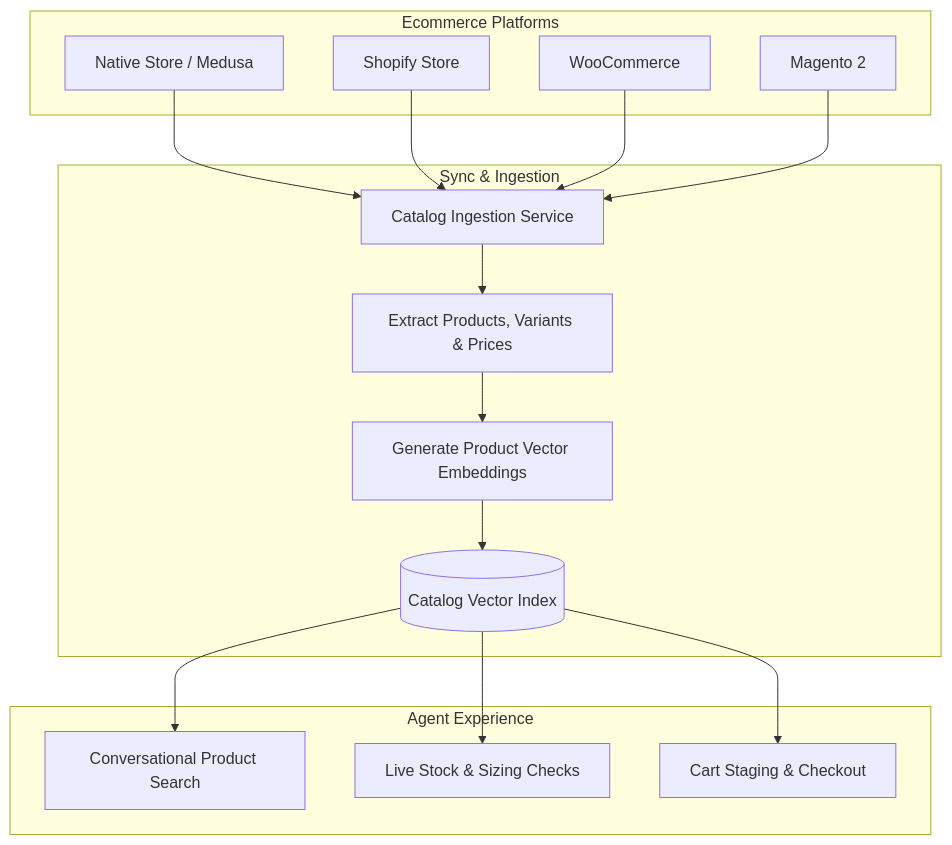
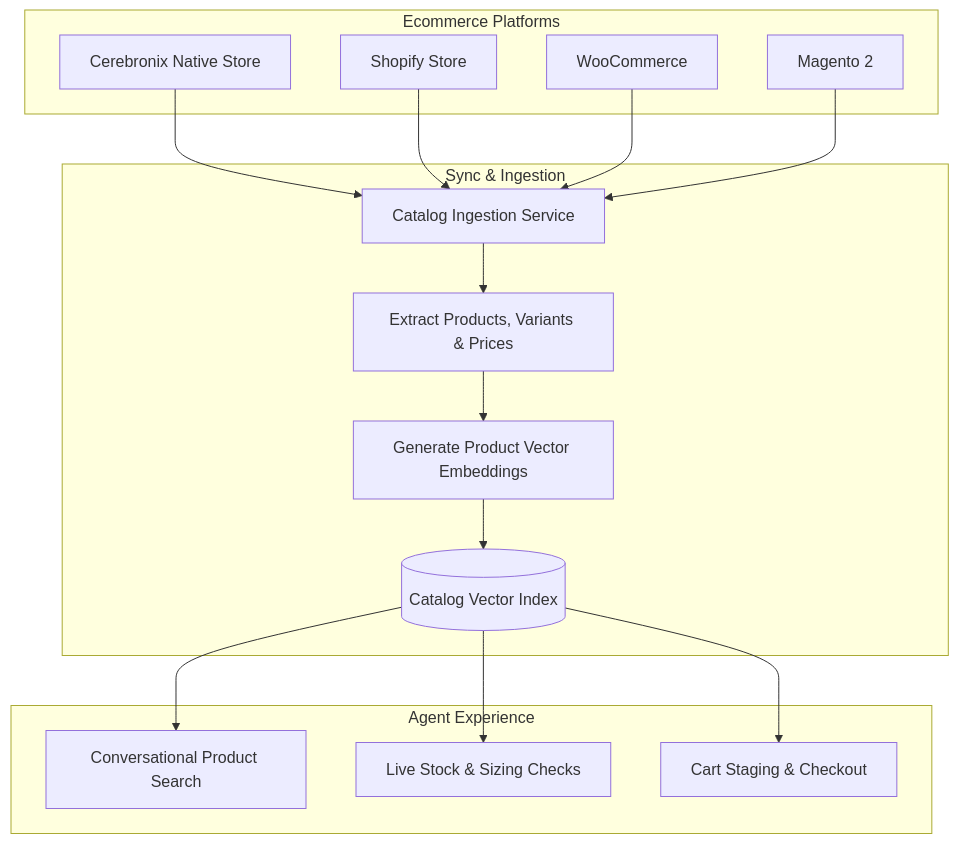
One commit to Cerebronix-AI/cerebronix-docs changed the diagram in apps/docs/content/docs/data-sources/ecommerce-catalog-sync.mdx. Above: the diagram before and after it, drawn with Mermaid. The commit also changed other lines of this file and 32 other files, not shown here.

Commit message:
feat(docs): enforce black-box architecture and information disclosure safeguards

````diff
--- a/apps/docs/content/docs/data-sources/ecommerce-catalog-sync.mdx
+++ b/apps/docs/content/docs/data-sources/ecommerce-catalog-sync.mdx
@@ -14,23 +14,23 @@
 ```mermaid
 graph TD
     subgraph "Ecommerce Platforms"
-        A[Native Store / Medusa]
+        A[Cerebronix Native Store]
         B[Shopify Store]
         C[WooCommerce]
         D[Magento 2]
     end
     subgraph "Sync & Ingestion"
         A --> E[Catalog Ingestion Service]
         B --> E
         C --> E
         D --> E
         E --> F[Extract Products, Variants & Prices]
         F --> G[Generate Product Vector Embeddings]
         G --> H[(Catalog Vector Index)]
     end
     subgraph "Agent Experience"
         H --> I[Conversational Product Search]
         H --> J[Live Stock & Sizing Checks]
         H --> K[Cart Staging & Checkout]
     end
 ```
````
